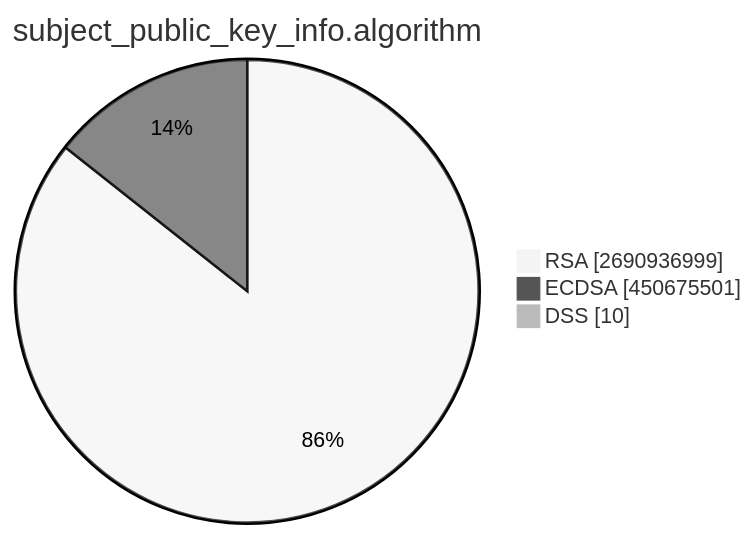
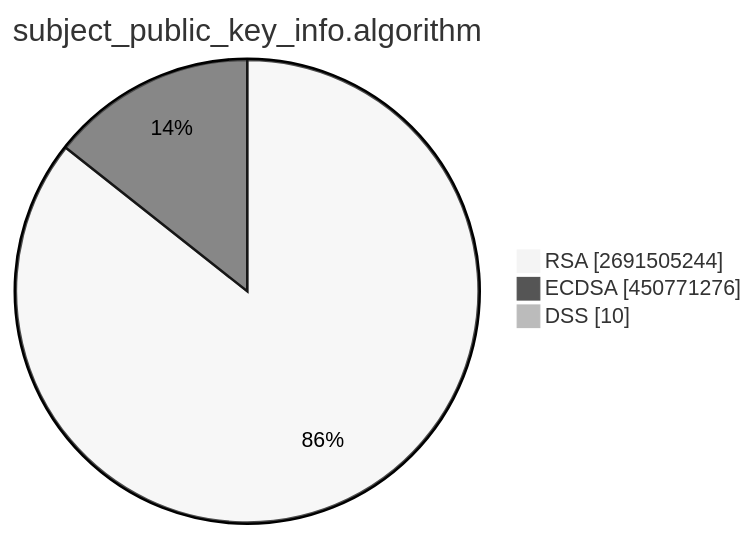
The second of 15 diagrams in TOTAL/README.md (christiankrug/ctmonitor_visualization), drawn with Mermaid (neutral theme) before and after one commit. The commit also changed other lines of this file, not shown here.

````diff
--- a/TOTAL/README.md
+++ b/TOTAL/README.md
@@ -6,7 +6,7 @@
 ```mermaid
 pie showData
 title subject_public_key_info.algorithm
-"RSA" :2690936999
-"ECDSA" :450675501
+"RSA" :2691505244
+"ECDSA" :450771276
 "DSS" :10
 ```
````
